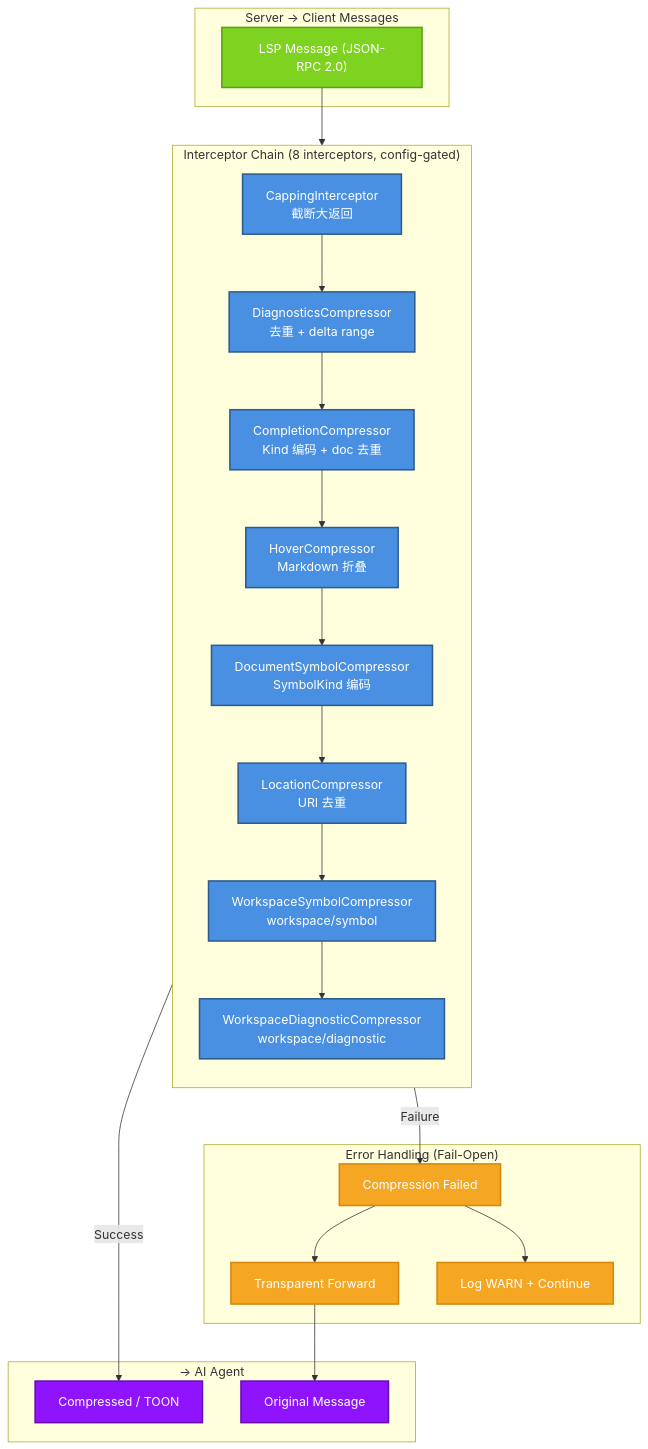
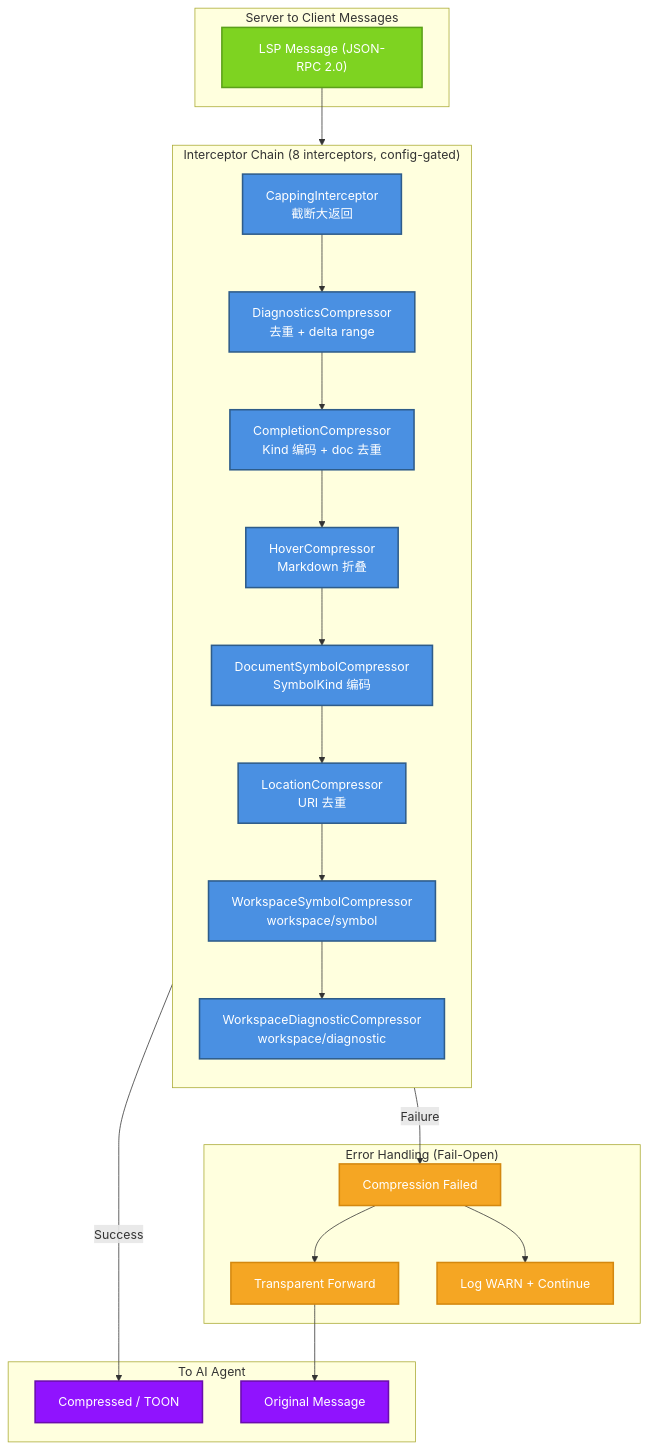
Before and after one commit to StrayDragon/lspz: the fourth of 9 diagrams in docs/src/architecture.md, drawn with Mermaid. The commit also changed other lines of this file and 13 other files, not shown here.

````diff
--- a/docs/src/architecture.md
+++ b/docs/src/architecture.md
@@ -126,46 +120,46 @@
 ```mermaid
 flowchart TB
-    subgraph Incoming["Server → Client Messages"]
+    subgraph Incoming["Server to Client Messages"]
         MSG["LSP Message (JSON-RPC 2.0)"]
     end
 
     subgraph Chain["Interceptor Chain (8 interceptors, config-gated)"]
         direction TB
         C["CappingInterceptor<br/>截断大返回"]
         D["DiagnosticsCompressor<br/>去重 + delta range"]
         CO["CompletionCompressor<br/>Kind 编码 + doc 去重"]
         H["HoverCompressor<br/>Markdown 折叠"]
         S["DocumentSymbolCompressor<br/>SymbolKind 编码"]
         L["LocationCompressor<br/>URI 去重"]
         WS["WorkspaceSymbolCompressor<br/>workspace/symbol"]
         WD["WorkspaceDiagnosticCompressor<br/>workspace/diagnostic"]
     end
 
     subgraph ErrorPath["Error Handling (Fail-Open)"]
         ERR["Compression Failed"]
         FALLBACK["Transparent Forward"]
         LOG["Log WARN + Continue"]
         ERR --> FALLBACK
         ERR --> LOG
     end
 
-    subgraph Outgoing["→ AI Agent"]
+    subgraph Outgoing["To AI Agent"]
         COMPRESSED["Compressed / TOON"]
         RAW["Original Message"]
     end
 
     MSG --> C --> D --> CO --> H --> S --> L --> WS --> WD
     WD -->|Success| COMPRESSED
     WD -->|Failure| ERR
     FALLBACK --> RAW
 
     classDef incoming fill:#7ED321,stroke:#5BA01A,stroke-width:2px,color:#fff
     classDef chain fill:#4A90E2,stroke:#2E5C8A,stroke-width:2px,color:#fff
     classDef error fill:#F5A623,stroke:#D4880F,stroke-width:2px,color:#fff
     classDef outgoing fill:#9013FE,stroke:#6A0DAD,stroke-width:2px,color:#fff
 
     class MSG incoming
     class C,D,CO,H,S,L,WS,WD chain
     class ERR,FALLBACK,LOG error
     class COMPRESSED,RAW outgoing
 ```
````
